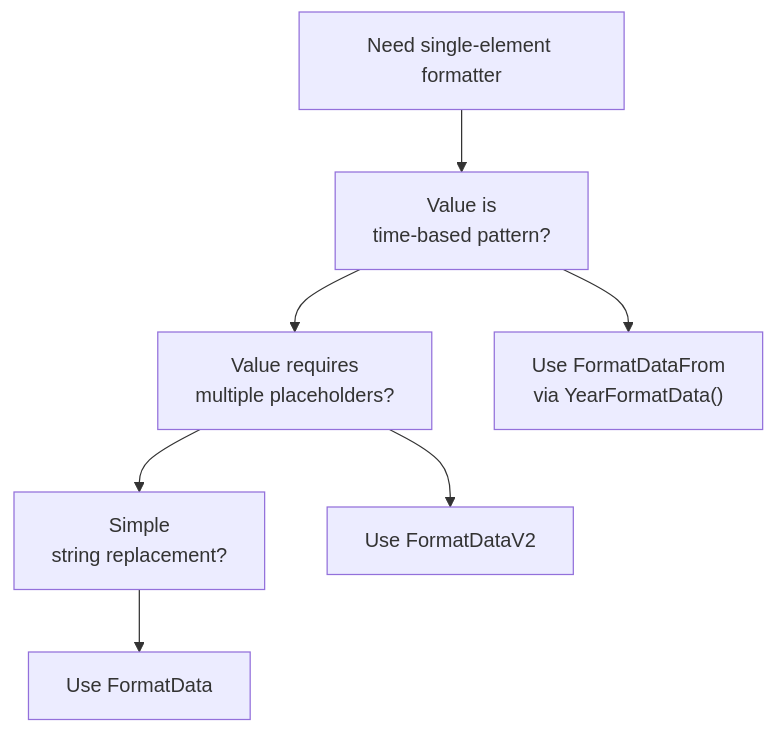
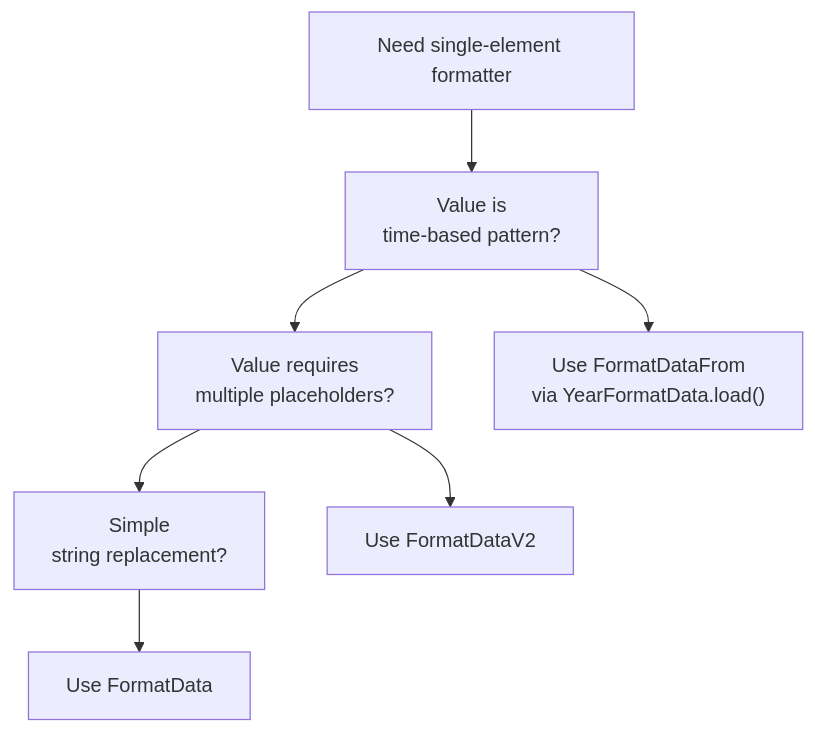
One commit to ArWikiCats/ArWikiCats changed the sixth of 7 diagrams in docs/deepwiki/24.Single-Element-Formatters.md. Above: the diagram before and after it, drawn with Mermaid. The commit also changed other lines of this file and 10 other files, not shown here.

````diff
--- a/docs/deepwiki/24.Single-Element-Formatters.md
+++ b/docs/deepwiki/24.Single-Element-Formatters.md
@@ -407,18 +407,18 @@
 ```mermaid
 flowchart TD
 
 Start["Need single-element formatter"]
 Q1["Value is<br/>time-based pattern?"]
 Q2["Value requires<br/>multiple placeholders?"]
 Q3["Simple<br/>string replacement?"]
-UseFrom["Use FormatDataFrom<br/>via YearFormatData()"]
+UseFrom["Use FormatDataFrom<br/>via YearFormatData.load()"]
 UseV2["Use FormatDataV2"]
 UseBasic["Use FormatData"]
 
 Start --> Q1
 Q1 --> UseFrom
 Q1 --> Q2
 Q2 --> UseV2
 Q2 --> Q3
 Q3 --> UseBasic
 ```
````
